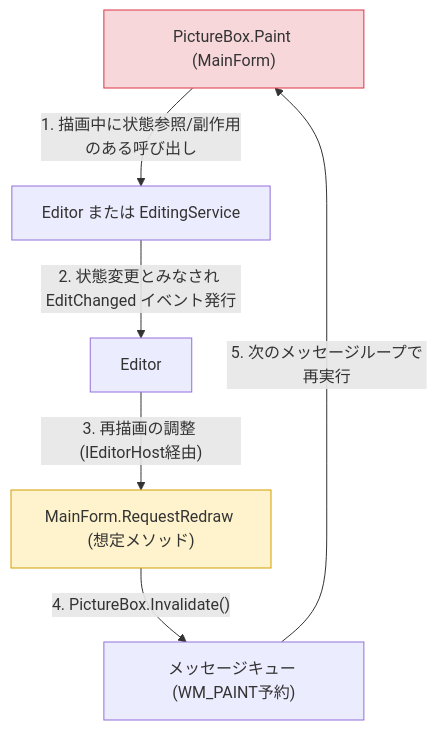
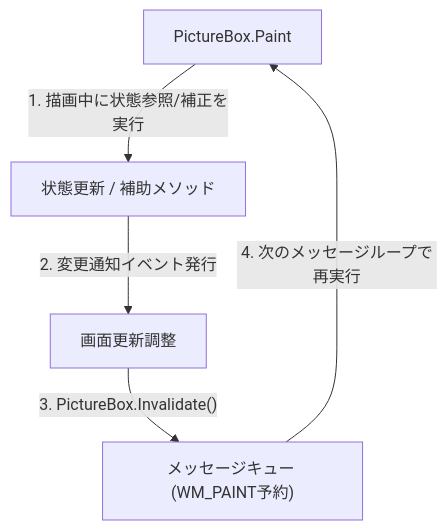
One commit to fuddt/Csharp changed the third of 4 diagrams in docs/debugging/winforms-picturebox-paint-investigation.md. Above: the diagram before and after it, drawn with Mermaid. The commit also changed other lines of this file, not shown here.

Commit message:
docs: refocus WinForms Paint guide on debugging steps

````diff
--- a/docs/debugging/winforms-picturebox-paint-investigation.md
+++ b/docs/debugging/winforms-picturebox-paint-investigation.md
@@ -595,11 +523,7 @@
 ```mermaid
 flowchart TD
-    P["PictureBox.Paint (MainForm)"] -->|"1. 描画中に状態参照/副作用のある呼び出し"| ES["Editor または EditingService"]
-    ES -->|"2. 状態変更とみなされ EditChanged イベント発行"| ED["Editor"]
-    ED -->|"3. 再描画の調整 (IEditorHost経由)"| MF["MainForm.RequestRedraw (想定メソッド)"]
-    MF -->|"4. PictureBox.Invalidate()"| Q["メッセージキュー (WM_PAINT予約)"]
-    Q -->|"5. 次のメッセージループで再実行"| P
-
-    style P fill:#f8d7da,stroke:#dc3545
-    style MF fill:#fff3cd,stroke:#d39e00
+    Paint["PictureBox.Paint"] -->|"1. 描画中に状態参照/補正を実行"| Logic["状態更新 / 補助メソッド"]
+    Logic -->|"2. 変更通知イベント発行"| Sync["画面更新調整"]
+    Sync -->|"3. PictureBox.Invalidate()"| Queue["メッセージキュー (WM_PAINT予約)"]
+    Queue -->|"4. 次のメッセージループで再実行"| Paint
 ```
````
